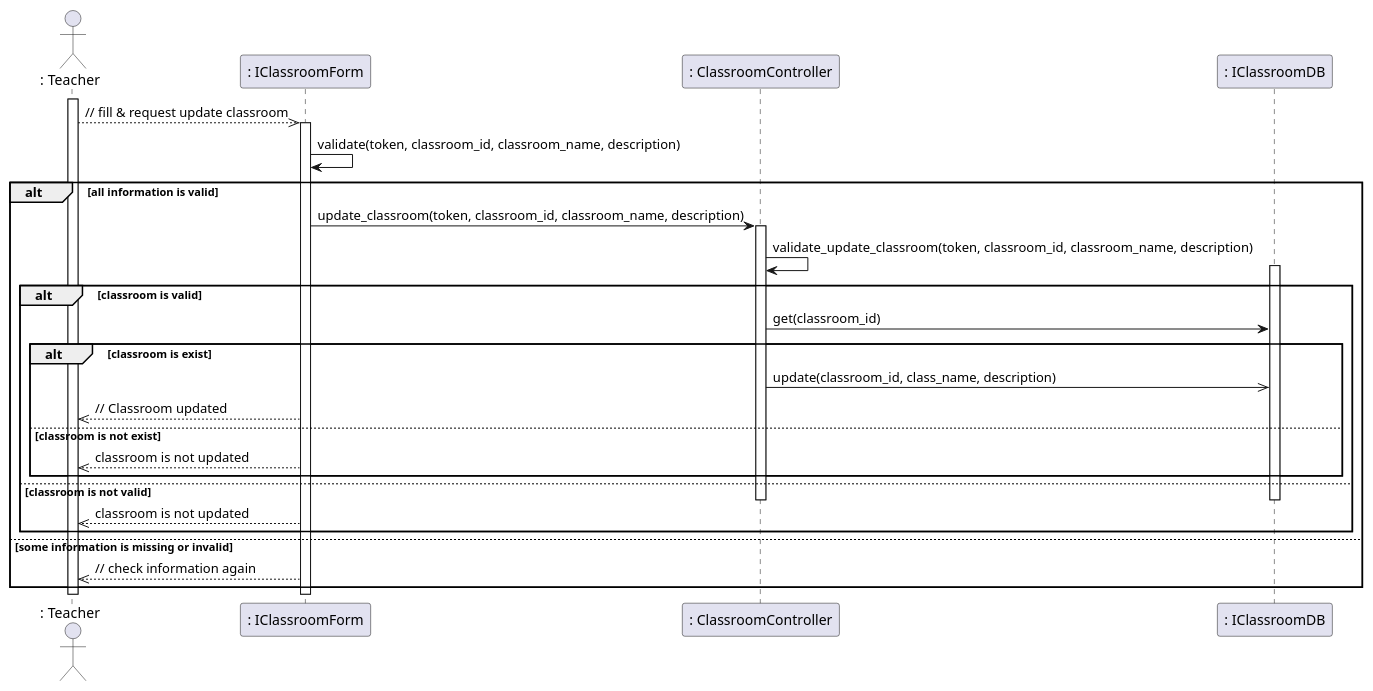
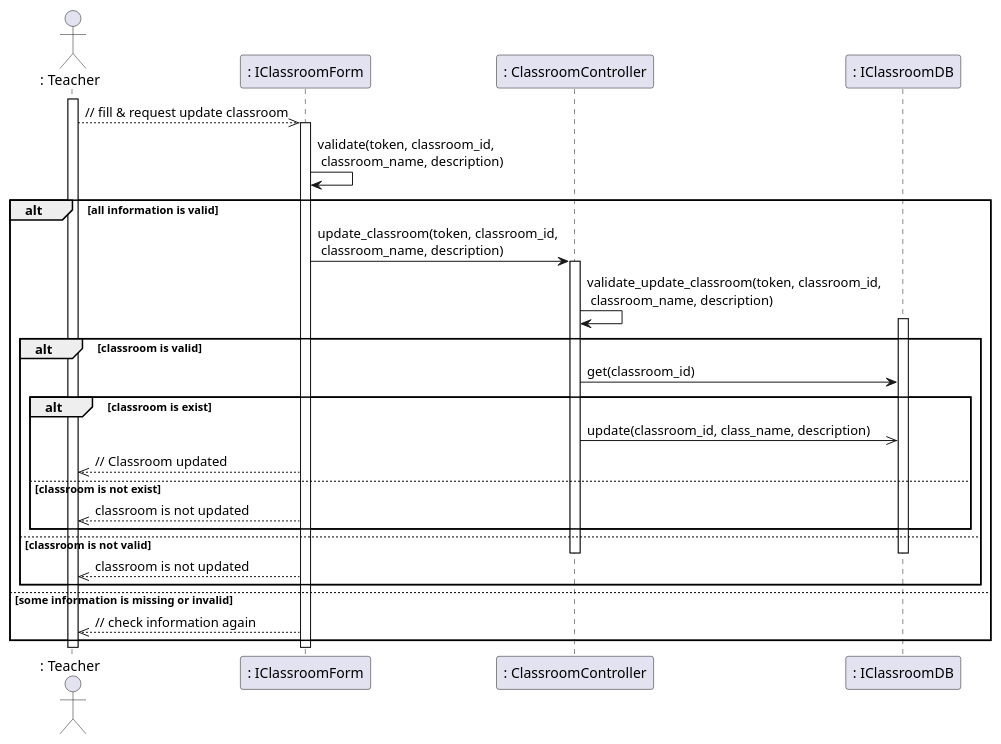
Before and after one commit to anonyhostvn/OOAD-Diagram: the diagram in sequence - design/classroom/updateClass.plantuml, drawn with PlantUML. The commit also changed 9 other files, not shown here.

Commit message:
shorten diagram

```diff
--- a/sequence - design/classroom/updateClass.plantuml
+++ b/sequence - design/classroom/updateClass.plantuml
@@ -1,32 +1,32 @@
 @startuml updateClass
 actor ": Teacher"
 activate ": Teacher"
 ": Teacher" -->> ": IClassroomForm": // fill & request update classroom
 activate ": IClassroomForm"
-": IClassroomForm" -> ": IClassroomForm": validate(token, classroom_id, classroom_name, description)
+": IClassroomForm" -> ": IClassroomForm": validate(token, classroom_id,\n classroom_name, description)
 alt all information is valid
-    ": IClassroomForm" -> ": ClassroomController": update_classroom(token, classroom_id, classroom_name, description)
+    ": IClassroomForm" -> ": ClassroomController": update_classroom(token, classroom_id,\n classroom_name, description)
     activate ": ClassroomController"
-    ": ClassroomController" -> ": ClassroomController": validate_update_classroom(token, classroom_id, classroom_name, description)
+    ": ClassroomController" -> ": ClassroomController": validate_update_classroom(token, classroom_id,\n classroom_name, description)
     activate ": IClassroomDB"
     alt classroom is valid
         ": ClassroomController" -> ": IClassroomDB": get(classroom_id)
         alt classroom is exist
             ": ClassroomController" ->> ": IClassroomDB": update(classroom_id, class_name, description)
             ": IClassroomForm" -->> ": Teacher": // Classroom updated
         else classroom is not exist
             ": IClassroomForm" -->> ": Teacher": classroom is not updated
         end
     else classroom is not valid
         deactivate ": IClassroomDB"
         deactivate ": ClassroomController"
         ": IClassroomForm" -->> ": Teacher": classroom is not updated
     end
 else some information is missing or invalid
     ": IClassroomForm" -->> ": Teacher": // check information again
 end
 
 deactivate ": IClassroomForm"
 deactivate ": Teacher"
 
 @enduml
```
